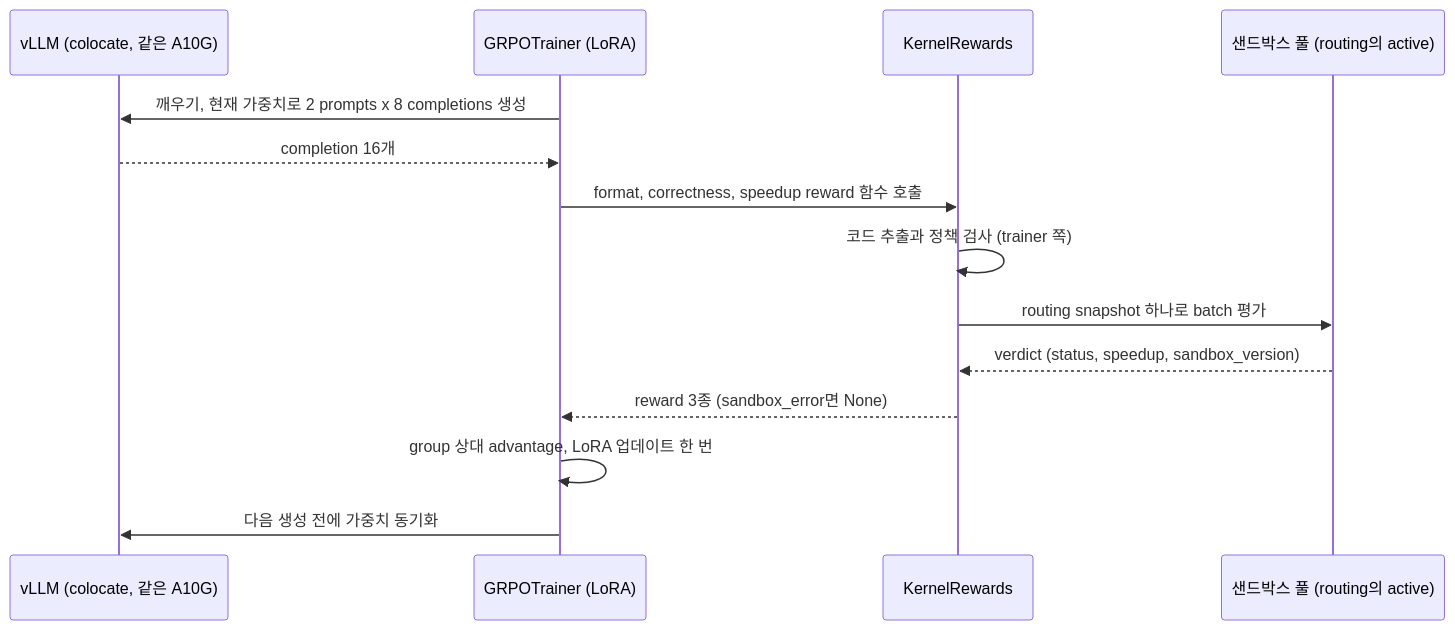
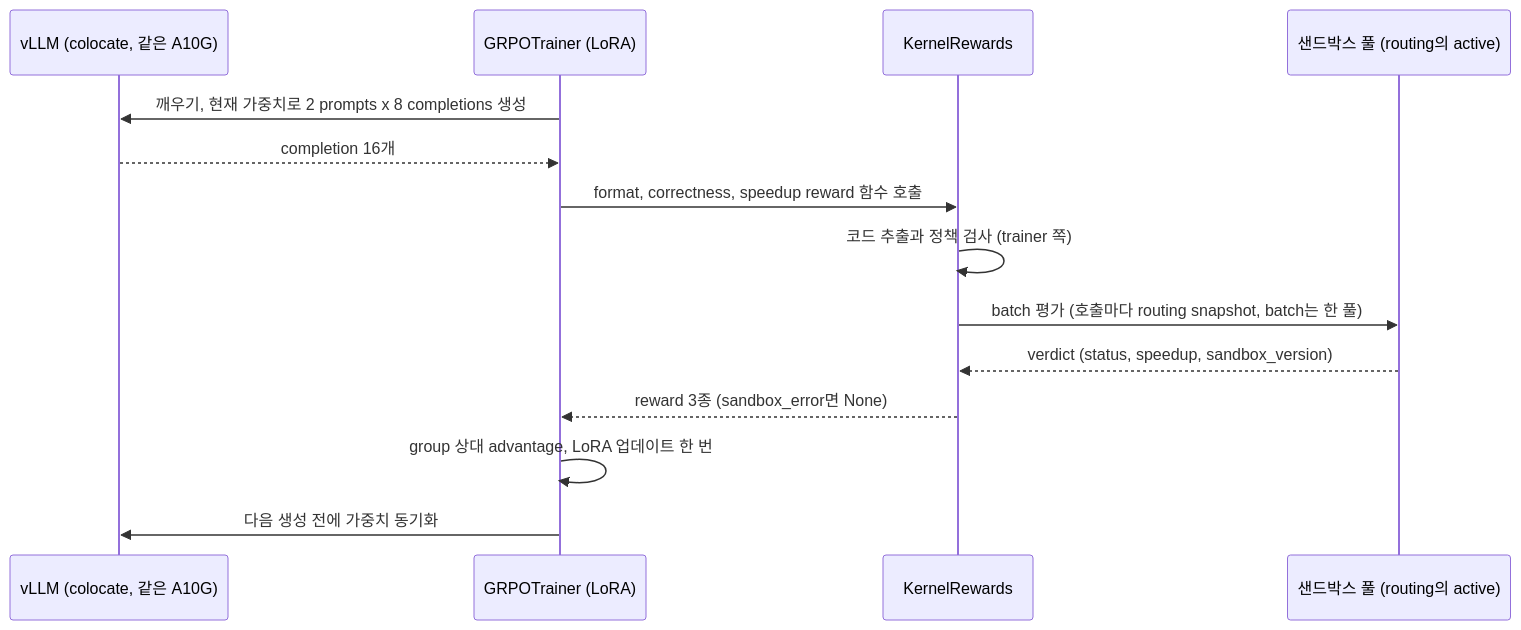
Before and after one commit to daekeun-ml/gpu-sandbox-on-aws: the diagram in docs/handson/05_grpo_training.md, drawn with Mermaid. The commit also changed other lines of this file and 171 other files, not shown here.

````diff
--- a/docs/handson/05_grpo_training.md
+++ b/docs/handson/05_grpo_training.md
@@ -149,16 +149,16 @@
 ```mermaid
 sequenceDiagram
     participant V as vLLM (colocate, 같은 A10G)
     participant T as GRPOTrainer (LoRA)
     participant R as KernelRewards
     participant S as 샌드박스 풀 (routing의 active)
     T->>V: 깨우기, 현재 가중치로 2 prompts x 8 completions 생성
     V-->>T: completion 16개
     T->>R: format, correctness, speedup reward 함수 호출
     R->>R: 코드 추출과 정책 검사 (trainer 쪽)
-    R->>S: routing snapshot 하나로 batch 평가
+    R->>S: batch 평가 (호출마다 routing snapshot, batch는 한 풀)
     S-->>R: verdict (status, speedup, sandbox_version)
     R-->>T: reward 3종 (sandbox_error면 None)
     T->>T: group 상대 advantage, LoRA 업데이트 한 번
     T->>V: 다음 생성 전에 가중치 동기화
 ```
````
